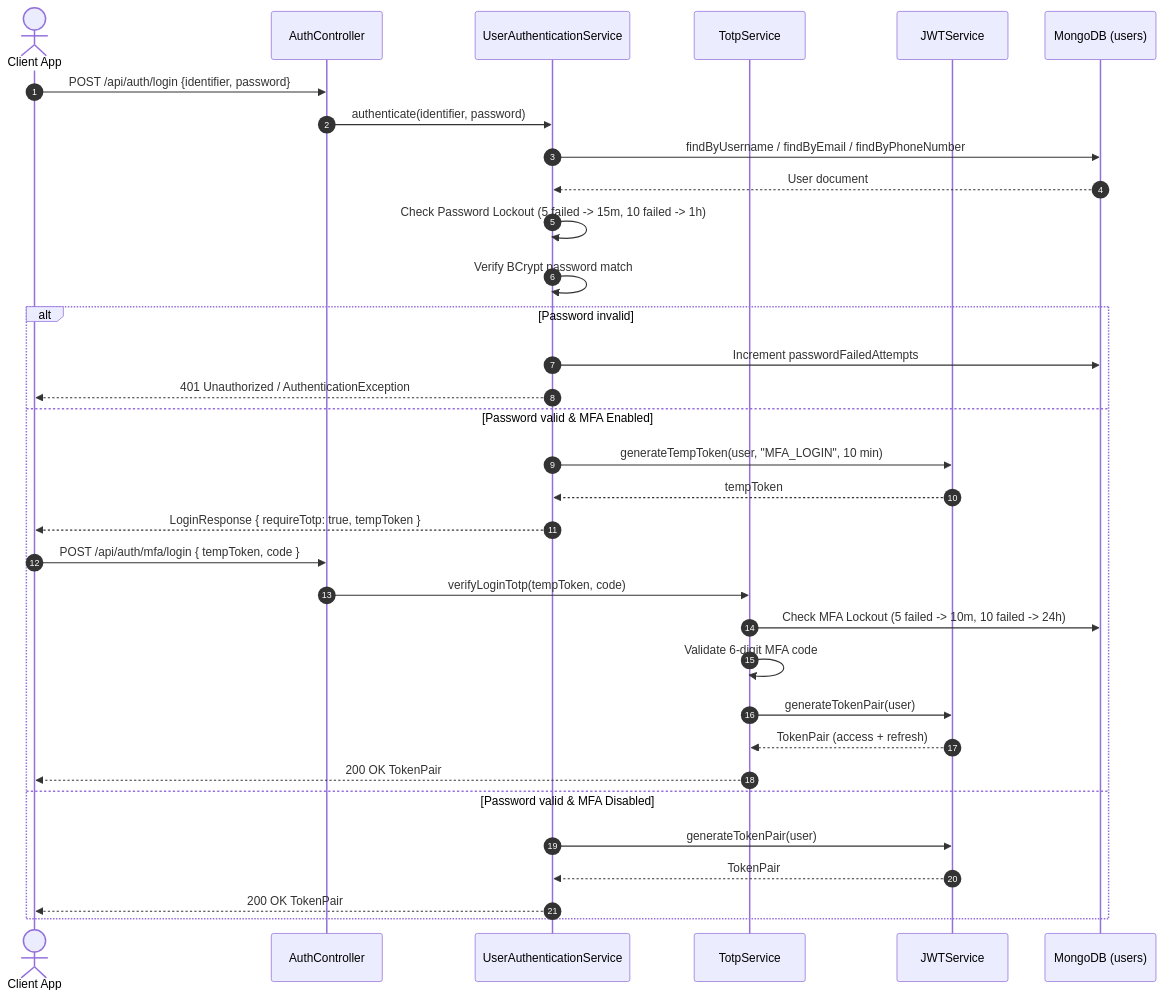
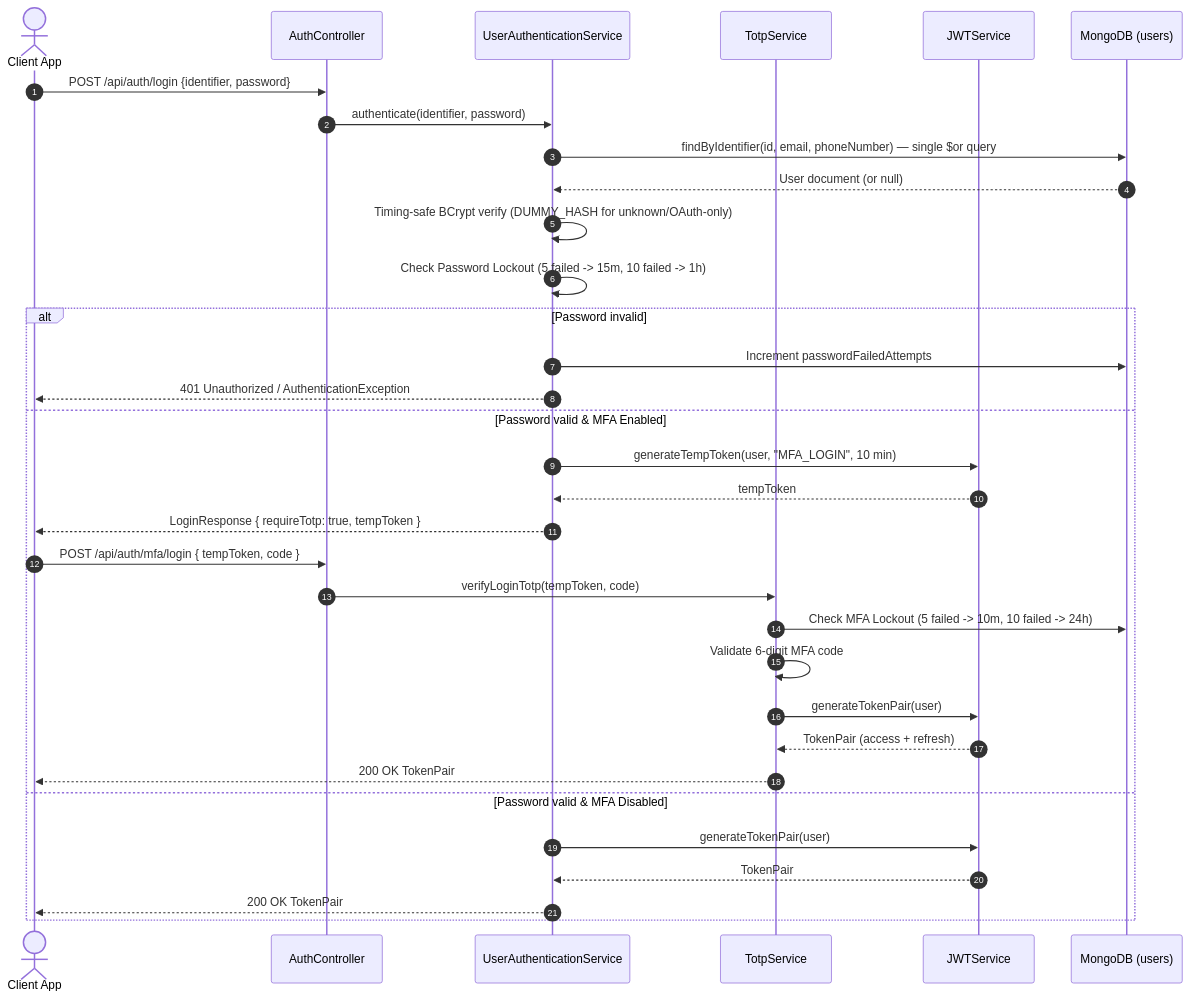
One commit to urvagandhi/coinTrack changed the third of 5 diagrams in backend/src/main/java/com/urva/myfinance/coinTrack/user/README.md. Above: the diagram before and after it, drawn with Mermaid. The commit also changed other lines of this file and 17 other files, not shown here.

````diff
--- a/backend/src/main/java/com/urva/myfinance/coinTrack/user/README.md
+++ b/backend/src/main/java/com/urva/myfinance/coinTrack/user/README.md
@@ -140,36 +140,36 @@
 ```mermaid
 sequenceDiagram
     autonumber
     actor Client as Client App
     participant Ctrl as AuthController
     participant AuthSvc as UserAuthenticationService
     participant TotpSvc as TotpService
     participant JwtSvc as JWTService
     participant DB as MongoDB (users)
 
     Client->>Ctrl: POST /api/auth/login {identifier, password}
     Ctrl->>AuthSvc: authenticate(identifier, password)
-    AuthSvc->>DB: findByUsername / findByEmail / findByPhoneNumber
-    DB-->>AuthSvc: User document
+    AuthSvc->>DB: findByIdentifier(id, email, phoneNumber) — single $or query
+    DB-->>AuthSvc: User document (or null)
+    AuthSvc->>AuthSvc: Timing-safe BCrypt verify (DUMMY_HASH for unknown/OAuth-only)
     AuthSvc->>AuthSvc: Check Password Lockout (5 failed -> 15m, 10 failed -> 1h)
-    AuthSvc->>AuthSvc: Verify BCrypt password match
     alt Password invalid
         AuthSvc->>DB: Increment passwordFailedAttempts
         AuthSvc-->>Client: 401 Unauthorized / AuthenticationException
     else Password valid & MFA Enabled
         AuthSvc->>JwtSvc: generateTempToken(user, "MFA_LOGIN", 10 min)
         JwtSvc-->>AuthSvc: tempToken
         AuthSvc-->>Client: LoginResponse { requireTotp: true, tempToken }
         Client->>Ctrl: POST /api/auth/mfa/login { tempToken, code }
         Ctrl->>TotpSvc: verifyLoginTotp(tempToken, code)
         TotpSvc->>DB: Check MFA Lockout (5 failed -> 10m, 10 failed -> 24h)
         TotpSvc->>TotpSvc: Validate 6-digit MFA code
         TotpSvc->>JwtSvc: generateTokenPair(user)
         JwtSvc-->>TotpSvc: TokenPair (access + refresh)
         TotpSvc-->>Client: 200 OK TokenPair
     else Password valid & MFA Disabled
         AuthSvc->>JwtSvc: generateTokenPair(user)
         JwtSvc-->>AuthSvc: TokenPair
         AuthSvc-->>Client: 200 OK TokenPair
     end
 ```
````
